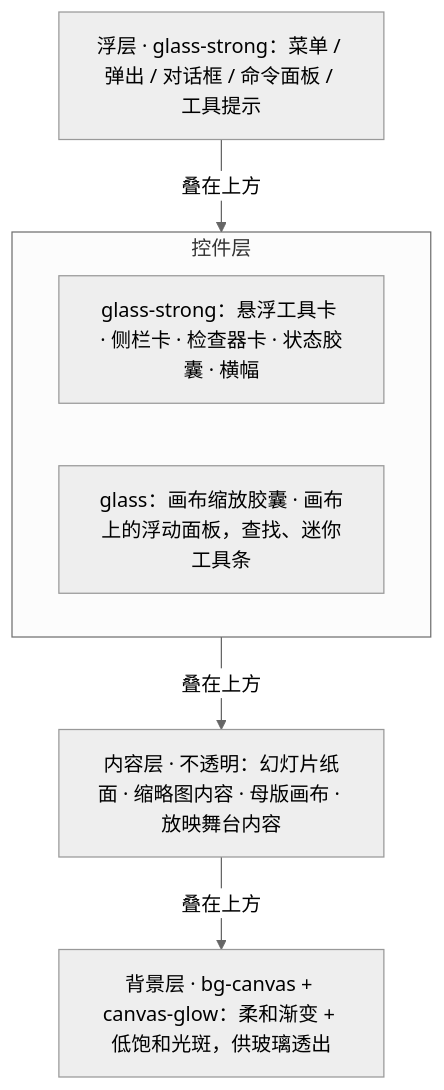
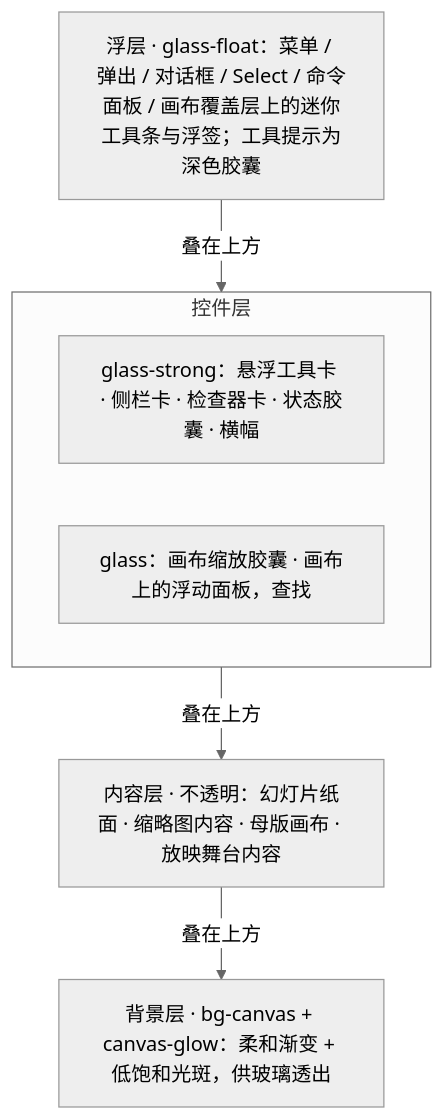
One commit to Xeonice/cordis-ppt-editor changed the second of 2 diagrams in docs/20-design/09-design-specification.md. Above: the diagram before and after it, drawn with Mermaid (neutral theme). The commit also changed other lines of this file and 42 other files, not shown here.

First line of the commit message:
docs(design): 表格与图表编辑、占位符图标条、日期格式选择器样张与设计稿

````diff
--- a/docs/20-design/09-design-specification.md
+++ b/docs/20-design/09-design-specification.md
@@ -179,13 +179,13 @@
 ```mermaid
 flowchart TB
-  float["浮层 · glass-strong：菜单 / 弹出 / 对话框 / 命令面板 / 工具提示"]
+  float["浮层 · glass-float：菜单 / 弹出 / 对话框 / Select / 命令面板 / 画布覆盖层上的迷你工具条与浮签；工具提示为深色胶囊"]
   subgraph ctl["控件层"]
     ctlStrong["glass-strong：悬浮工具卡 · 侧栏卡 · 检查器卡 · 状态胶囊 · 横幅"]
-    ctlGlass["glass：画布缩放胶囊 · 画布上的浮动面板，查找、迷你工具条"]
+    ctlGlass["glass：画布缩放胶囊 · 画布上的浮动面板，查找"]
   end
   content["内容层 · 不透明：幻灯片纸面 · 缩略图内容 · 母版画布 · 放映舞台内容"]
   bg["背景层 · bg-canvas + canvas-glow：柔和渐变 + 低饱和光斑，供玻璃透出"]
   float -->|"叠在上方"| ctl
   ctl -->|"叠在上方"| content
   content -->|"叠在上方"| bg
 ```
````
